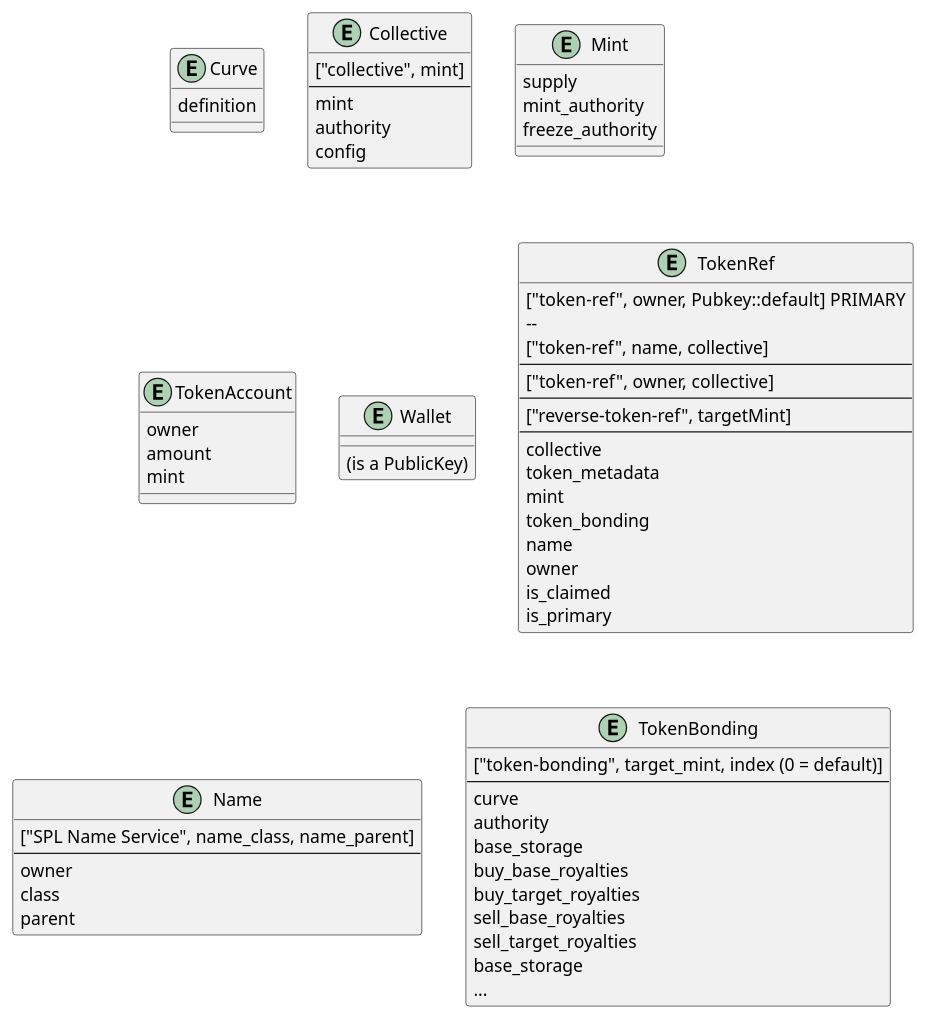
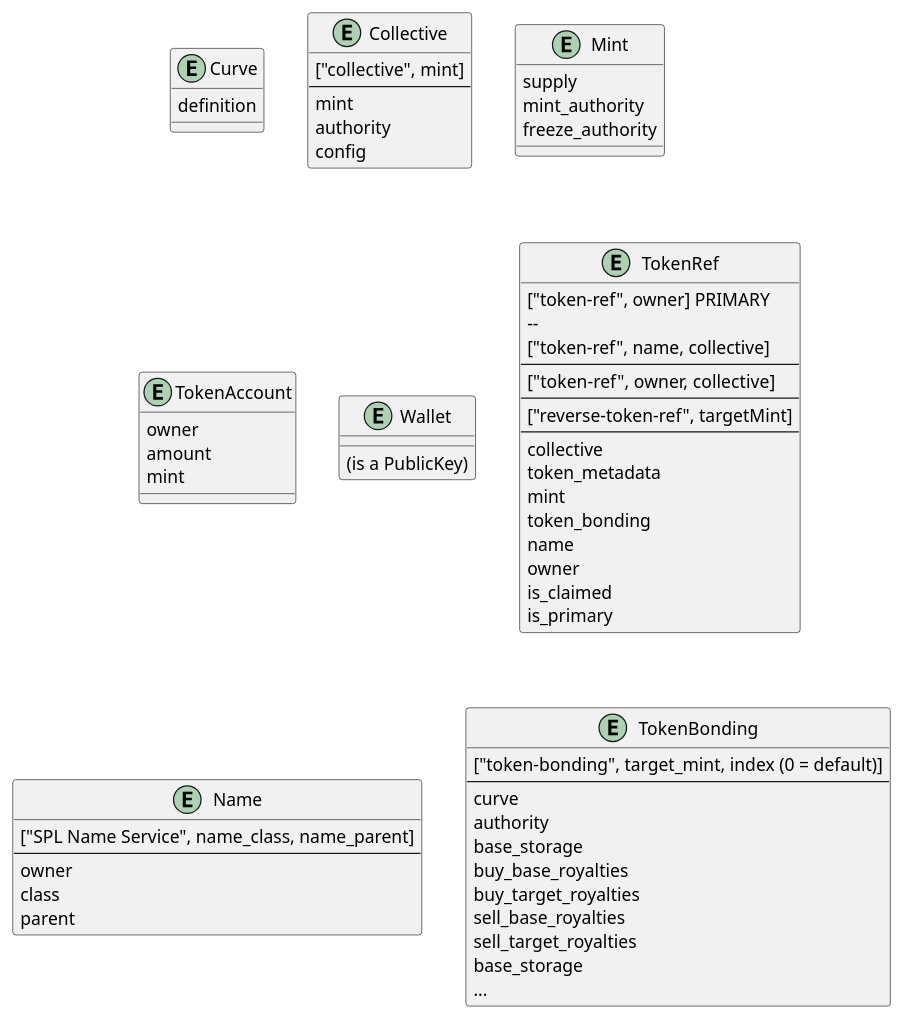
Before and after one commit to StrataFoundation/strata: the diagram in packages/docs/docs/learn/social_tokens.md, drawn with PlantUML. The commit also changed 1 other file, not shown here.

Commit message:
Add changelog

```diff
--- a/packages/docs/docs/learn/social_tokens.md
+++ b/packages/docs/docs/learn/social_tokens.md
@@ -48,7 +48,7 @@
 }
 
 entity TokenRef {
-  ["token-ref", owner, Pubkey::default] PRIMARY
+  ["token-ref", owner] PRIMARY
   -- 
   ["token-ref", name, collective]
   --
```
